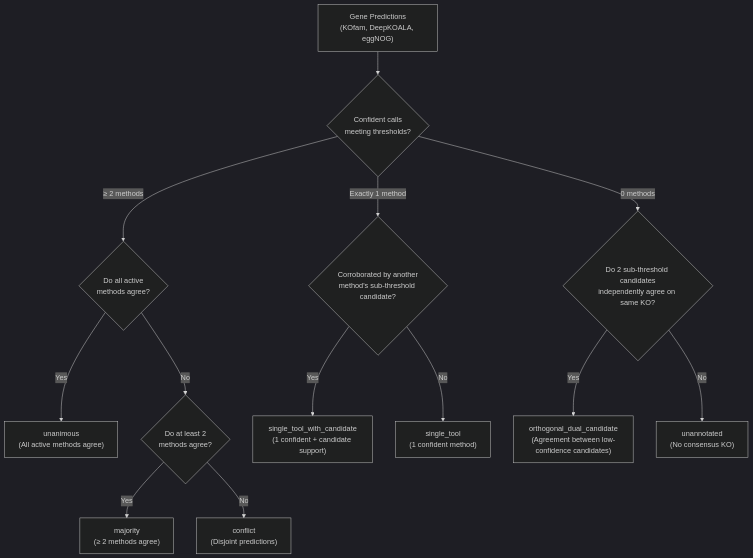
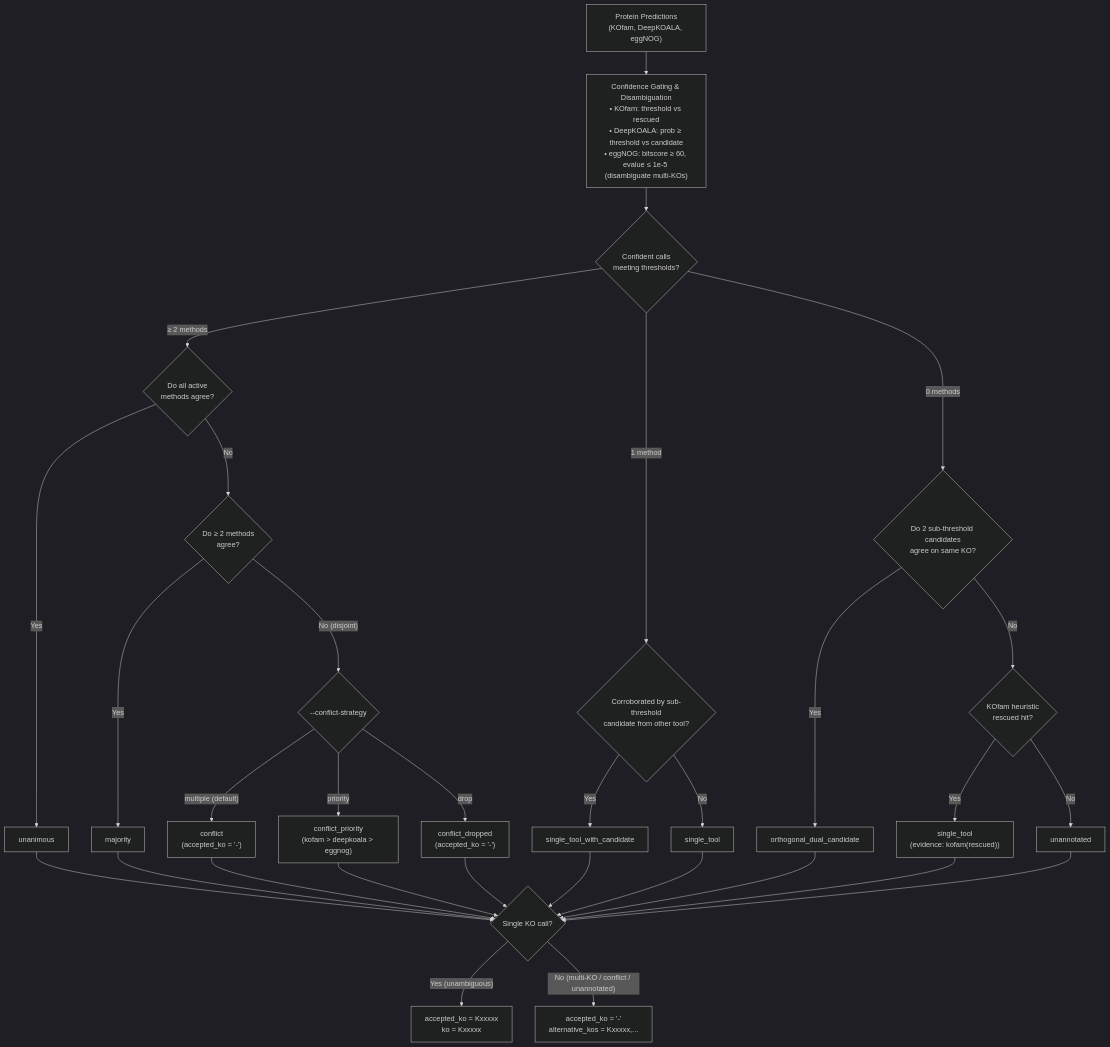
Before and after one commit to dylancronin/kolach: the diagram in README.md, drawn with Mermaid (dark theme). The commit also changed other lines of this file and 1 other file, not shown here.

````diff
--- a/README.md
+++ b/README.md
@@ -106,18 +82,40 @@
 ```mermaid
 flowchart TD
-    Start["Gene Predictions<br/>(KOfam, DeepKOALA, eggNOG)"] --> Count{"Confident calls<br/>meeting thresholds?"}
+    Start["Protein Predictions<br/>(KOfam, DeepKOALA, eggNOG)"] --> Gating["Confidence Gating & Disambiguation<br/>• KOfam: threshold vs rescued<br/>• DeepKOALA: prob ≥ threshold vs candidate<br/>• eggNOG: bitscore ≥ 60, evalue ≤ 1e-5 (disambiguate multi-KOs)"]
+
+    Gating --> Count{"Confident calls<br/>meeting thresholds?"}
 
     Count -->|"≥ 2 methods"| AgreeAll{"Do all active<br/>methods agree?"}
-    AgreeAll -->|"Yes"| Unanimous["unanimous<br/>(All active methods agree)"]
-    AgreeAll -->|"No"| AgreePair{"Do at least 2<br/>methods agree?"}
-    AgreePair -->|"Yes"| Majority["majority<br/>(≥ 2 methods agree)"]
-    AgreePair -->|"No"| Conflict["conflict<br/>(Disjoint predictions)"]
+    AgreeAll -->|"Yes"| Unanimous["unanimous"]
+    AgreeAll -->|"No"| AgreePair{"Do ≥ 2 methods<br/>agree?"}
+    AgreePair -->|"Yes"| Majority["majority"]
+    AgreePair -->|"No (disjoint)"| ConflictStrat{"--conflict-strategy"}
+    ConflictStrat -->|"multiple (default)"| Conflict["conflict<br/>(accepted_ko = '-')"]
+    ConflictStrat -->|"priority"| ConflictPri["conflict_priority<br/>(kofam > deepkoala > eggnog)"]
+    ConflictStrat -->|"drop"| ConflictDrop["conflict_dropped<br/>(accepted_ko = '-')"]
 
-    Count -->|"Exactly 1 method"| CheckCandidate{"Corroborated by another<br/>method's sub-threshold candidate?"}
-    CheckCandidate -->|"Yes"| SingleToolCand["single_tool_with_candidate<br/>(1 confident + candidate support)"]
-    CheckCandidate -->|"No"| SingleTool["single_tool<br/>(1 confident method)"]
+    Count -->|"1 method"| CheckCand{"Corroborated by sub-threshold<br/>candidate from other tool?"}
+    CheckCand -->|"Yes"| SingleCand["single_tool_with_candidate"]
+    CheckCand -->|"No"| Single["single_tool"]
 
-    Count -->|"0 methods"| CheckDual{"Do 2 sub-threshold candidates<br/>independently agree on same KO?"}
-    CheckDual -->|"Yes"| OrthogonalDual["orthogonal_dual_candidate<br/>(Agreement between low-confidence candidates)"]
-    CheckDual -->|"No"| Unannotated["unannotated<br/>(No consensus KO)"]
+    Count -->|"0 methods"| CheckDual{"Do 2 sub-threshold candidates<br/>agree on same KO?"}
+    CheckDual -->|"Yes"| DualCand["orthogonal_dual_candidate"]
+    CheckDual -->|"No"| CheckRescued{"KOfam heuristic<br/>rescued hit?"}
+    CheckRescued -->|"Yes"| Rescued["single_tool<br/>(evidence: kofam(rescued))"]
+    CheckRescued -->|"No"| Unannotated["unannotated"]
+
+    Unanimous --> OutputAssign
+    Majority --> OutputAssign
+    Conflict --> OutputAssign
+    ConflictPri --> OutputAssign
+    ConflictDrop --> OutputAssign
+    SingleCand --> OutputAssign
+    Single --> OutputAssign
+    DualCand --> OutputAssign
+    Rescued --> OutputAssign
+    Unannotated --> OutputAssign
+
+    OutputAssign{"Single KO call?"}
+    OutputAssign -->|"Yes (unambiguous)"| AcceptedOut["accepted_ko = Kxxxxx<br/>ko = Kxxxxx"]
+    OutputAssign -->|"No (multi-KO / conflict / unannotated)"| AltOut["accepted_ko = '-'<br/>alternative_kos = Kxxxxx,..."]
 ```
````
